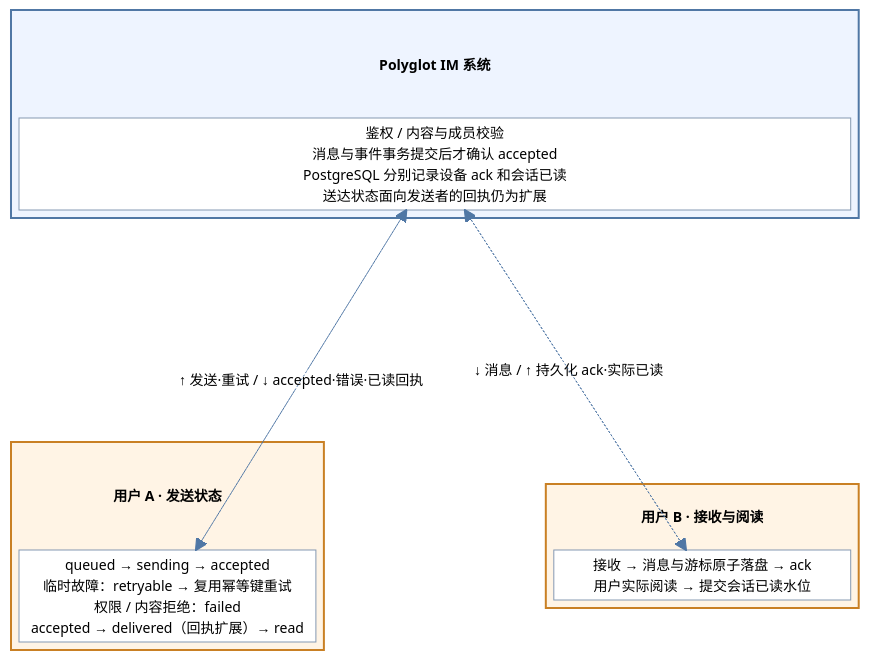
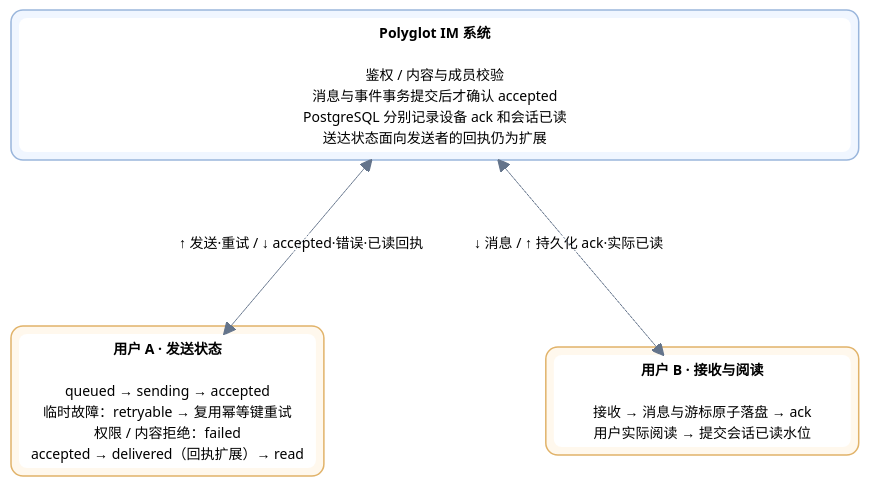
The diagram in docs/design.md (bitlap/polyglot-im), drawn with Mermaid before and after one commit. The commit also changed 8 other files, not shown here.

Commit message:
docs: 美化 Mermaid 图并统一直角折线

````diff
--- a/docs/design.md
+++ b/docs/design.md
@@ -56,33 +56,28 @@
 ```mermaid
-%%{init: {"theme": "base", "themeVariables": {"fontSize": "14px", "primaryColor": "#ffffff", "primaryBorderColor": "#8599b2", "primaryTextColor": "#24364b", "lineColor": "#5077a5"}, "themeCSS": ".edge-pattern-dotted { stroke: #c47a1c !important; stroke-width: 2px !important; stroke-dasharray: 4 8 !important; } .edge-pattern-solid { stroke: #5077a5 !important; }"}}%%
+%%{init: {"theme":"base","flowchart":{"curve":"stepBefore"},"themeVariables":{"fontSize":"14px","primaryColor":"#ffffff","primaryBorderColor":"#cbd5e1","primaryTextColor":"#1e293b","lineColor":"#64748b","edgeLabelBackground":"#ffffff"},"themeCSS":".edge-pattern-dotted { stroke: #d68a26 !important; stroke-width: 1.6px !important; stroke-dasharray: 5 7 !important; } .edge-pattern-solid { stroke: #64748b !important; stroke-width: 1.6px !important; } .edgeLabel rect { fill: #ffffff !important; opacity: 1 !important; rx: 5; ry: 5; } .block rect { rx: 10; ry: 10; }"}}%%
 block-beta
   columns 8
   block:IM:8
     columns 1
-    IMTitle["Polyglot IM 系统"]
-    Server["鉴权 / 内容与成员校验<br/>消息与事件事务提交后才确认 accepted<br/>PostgreSQL 分别记录设备 ack 和会话已读<br/>送达状态面向发送者的回执仍为扩展"]
+    Server["<b>Polyglot IM 系统</b><br/><br/>鉴权 / 内容与成员校验<br/>消息与事件事务提交后才确认 accepted<br/>PostgreSQL 分别记录设备 ack 和会话已读<br/>送达状态面向发送者的回执仍为扩展"]
   end
   space:8
   block:Sender:3
     columns 1
-    SenderTitle["用户 A · 发送状态"]
-    UA["queued → sending → accepted<br/>临时故障：retryable → 复用幂等键重试<br/>权限 / 内容拒绝：failed<br/>accepted → delivered（回执扩展）→ read"]
+    UA["<b>用户 A · 发送状态</b><br/><br/>queued → sending → accepted<br/>临时故障：retryable → 复用幂等键重试<br/>权限 / 内容拒绝：failed<br/>accepted → delivered（回执扩展）→ read"]
   end
   space:2
   block:Receiver:3
     columns 1
-    ReceiverTitle["用户 B · 接收与阅读"]
-    UB["接收 → 消息与游标原子落盘 → ack<br/>用户实际阅读 → 提交会话已读水位"]
+    UB["<b>用户 B · 接收与阅读</b><br/><br/>接收 → 消息与游标原子落盘 → ack<br/>用户实际阅读 → 提交会话已读水位"]
   end
-  Server -. "↑ 发送·重试 / ↓ accepted·错误·已读回执" .-> UA
-  UA -.-> Server
-  Server -. "↓ 消息 / ↑ 持久化 ack·实际已读" .-> UB
-  UB -.-> Server
-  style IM fill:#eef4ff,stroke:#5077a5,stroke-width:2px
-  style Sender fill:#fff4e5,stroke:#c98024,stroke-width:2px
-  style Receiver fill:#fff4e5,stroke:#c98024,stroke-width:2px
-  classDef title fill:none,stroke:none,font-weight:bold
-  class IMTitle,SenderTitle,ReceiverTitle title
-  classDef component fill:#fff,stroke:#8599b2
+  IM -. "↑ 发送·重试 / ↓ accepted·错误·已读回执" .-> UA
+  UA -.-> IM
+  IM -. "↓ 消息 / ↑ 持久化 ack·实际已读" .-> UB
+  UB -.-> IM
+  style IM fill:#f0f6ff,stroke:#9ab6dc,stroke-width:1.5px,rx:12,ry:12
+  style Sender fill:#fff8ed,stroke:#e1b36a,stroke-width:1.5px,rx:12,ry:12
+  style Receiver fill:#fff8ed,stroke:#e1b36a,stroke-width:1.5px,rx:12,ry:12
+  classDef component fill:#ffffff,stroke:none,color:#475569,rx:8,ry:8
   class Server,UA,UB component
 ```
````
